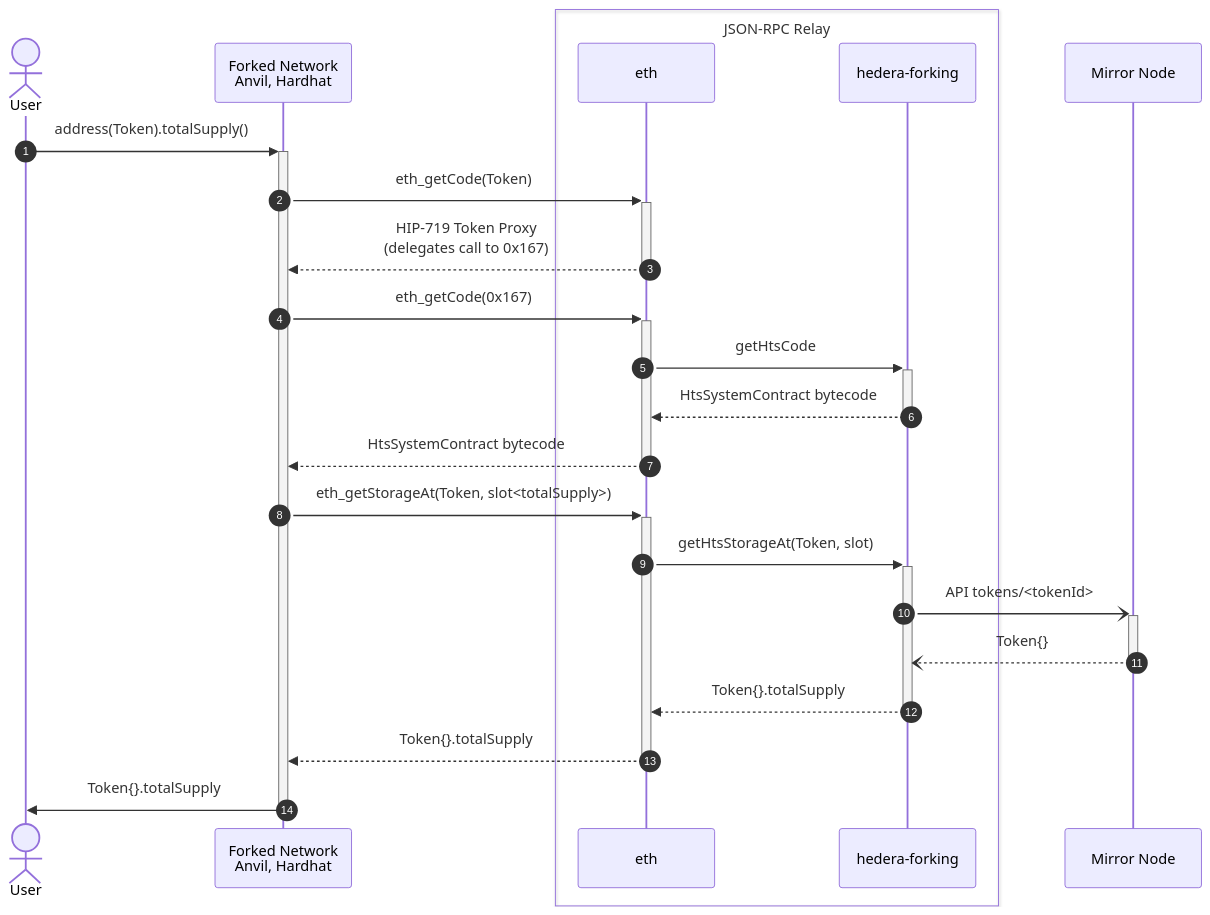
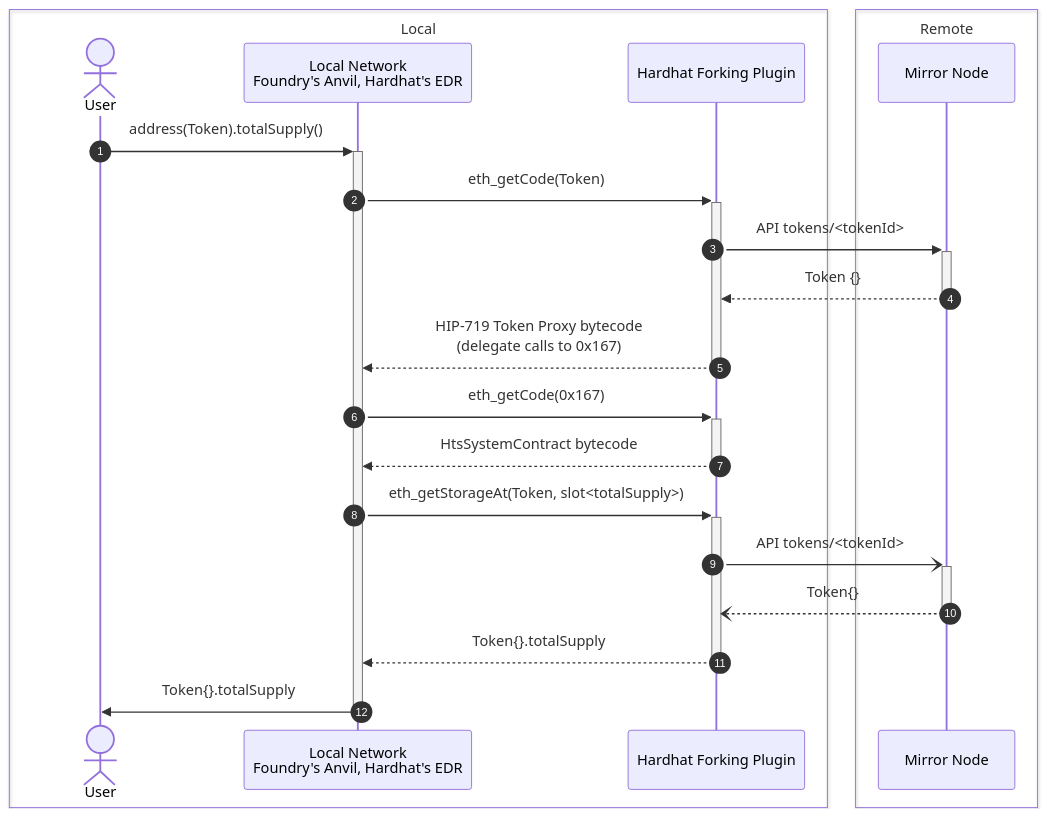
Before and after one commit to hashgraph/hedera-forking: the diagram in README.md, drawn with Mermaid. The commit also changed other lines of this file and 18 other files, not shown here.

````diff
--- a/README.md
+++ b/README.md
@@ -111,29 +111,31 @@
 ```mermaid
 sequenceDiagram
     autonumber
+    box Local
     actor user as User
-    participant client as Forked Network<br/>Anvil, Hardhat
-    box JSON-RPC Relay
-    participant relay as eth
-    participant hedera-forking
+    participant client as Local Network<br/>Foundry's Anvil, Hardhat's EDR
+    participant hedera-forking as Hardhat Forking Plugin
     end
+    box Remote
+    #participant relay as JSON-RPC Relay
     participant mirror as Mirror Node
+    end
 
     user->>+client: address(Token).totalSupply()
-    client->>+relay: eth_getCode(Token)
-    relay-->>-client: HIP-719 Token Proxy<br/>(delegates call to 0x167)
+    client->>+hedera-forking: eth_getCode(Token)
+    hedera-forking->>+mirror: API tokens/<tokenId>
+    mirror-->>-hedera-forking: Token {}
+    hedera-forking-->>-client: HIP-719 Token Proxy bytecode<br/>(delegate calls to 0x167)
 
-    client->>+relay: eth_getCode(0x167)
-    relay ->> + hedera-forking: getHtsCode
-    hedera-forking -->> - relay: HtsSystemContract bytecode
-    relay-->>-client: HtsSystemContract bytecode
+    client->> + hedera-forking: eth_getCode(0x167)
+    hedera-forking-->>-client: HtsSystemContract bytecode
 
-    client->>+relay: eth_getStorageAt(Token, slot<totalSupply>)
-    relay ->> + hedera-forking: getHtsStorageAt(Token, slot)
+    client->>+hedera-forking: eth_getStorageAt(Token, slot<totalSupply>)
+    #relay ->> + hedera-forking: getHtsStorageAt(Token, slot)
     hedera-forking -) + mirror: API tokens/<tokenId>
     mirror --) - hedera-forking: Token{}
-    hedera-forking -->> - relay: Token{}.totalSupply
-    relay-->>-client: Token{}.totalSupply
+    #hedera-forking -->> - relay: Token{}.totalSupply
+    hedera-forking-->>-client: Token{}.totalSupply
 
     client->>-user: Token{}.totalSupply
 ```
````
